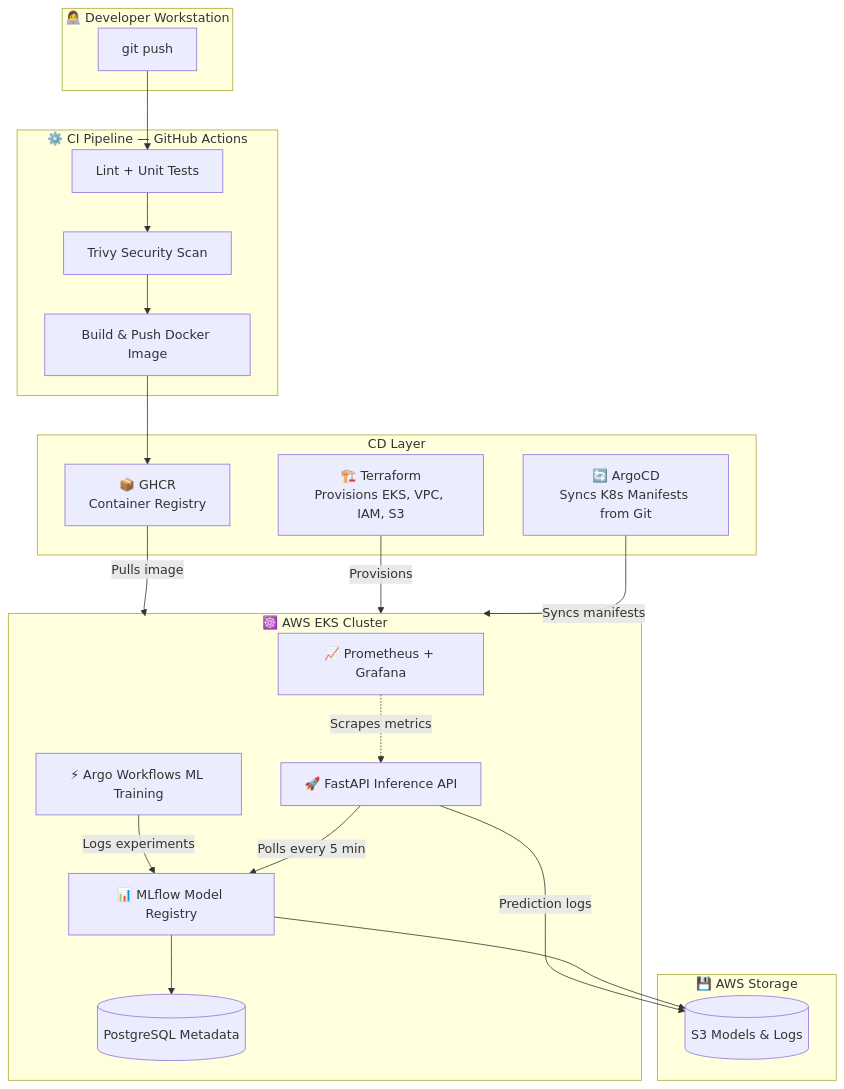
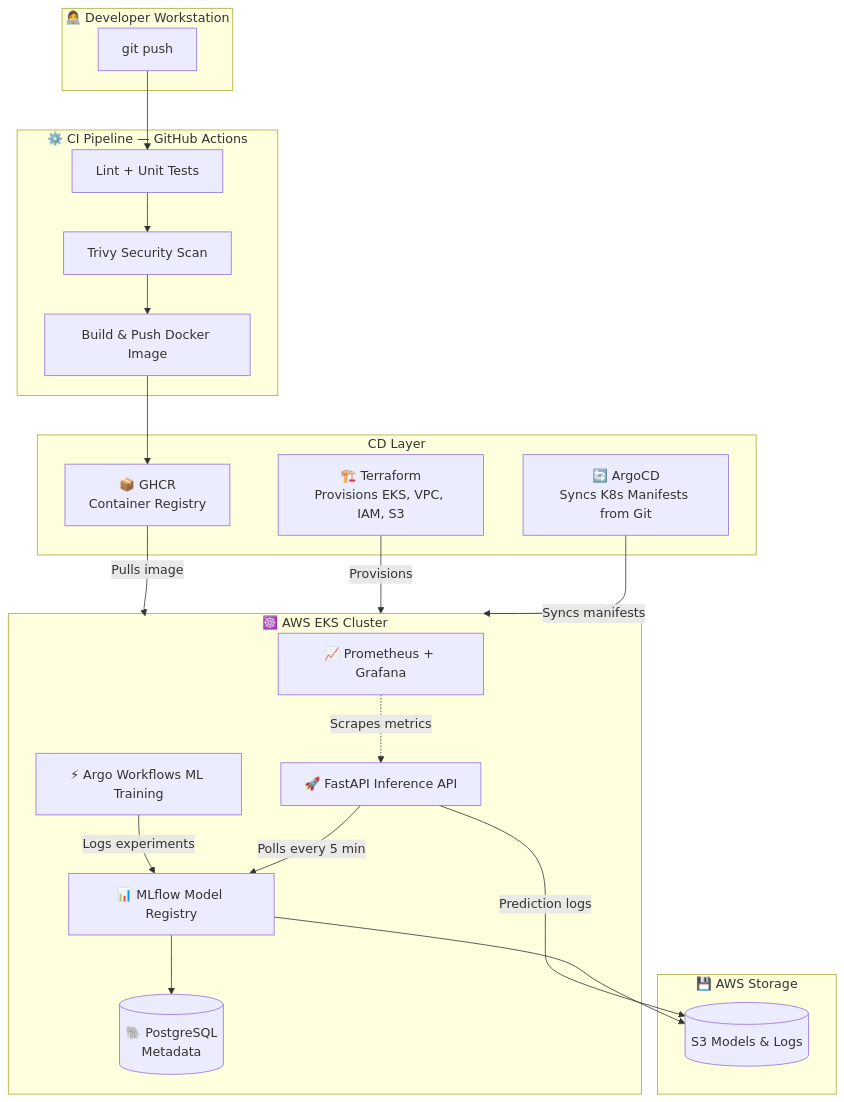
One commit to surabhisahay03/cloudguard-sentinel changed the diagram in README.md. Above: the diagram before and after it, drawn with Mermaid.

Commit message:
Remove PostgreSQL Metadata from README
Removed PostgreSQL Metadata from the architecture diagram.

````diff
--- a/README.md
+++ b/README.md
@@ -11,44 +11,43 @@
 ```mermaid
 flowchart TD
     subgraph Dev["👩‍💻 Developer Workstation"]
         Push["git push"]
     end
 
     subgraph CI["⚙️ CI Pipeline — GitHub Actions"]
         Lint["Lint + Unit Tests"]
         Scan["Trivy Security Scan"]
         Build["Build & Push Docker Image"]
     end
 
     subgraph Feeders["CD Layer"]
         GHCR["📦 GHCR<br/>Container Registry"]
         TF["🏗️ Terraform<br/>Provisions EKS, VPC, IAM, S3"]
         Argo["🔄 ArgoCD<br/>Syncs K8s Manifests from Git"]
     end
 
     subgraph EKS["☸️ AWS EKS Cluster"]
         Monitor["📈 Prometheus + Grafana"]
         API["🚀 FastAPI Inference API"]
         Training["⚡ Argo Workflows ML Training"]
         MLflow["📊 MLflow Model Registry"]
         PG[("🐘 PostgreSQL<br/>Metadata")]
     end
 
     subgraph Storage["💾 AWS Storage"]
         S3[("S3 Models & Logs")]
-        PG[("PostgreSQL Metadata")]
     end
 
     Push --> Lint --> Scan --> Build --> GHCR
 
     GHCR -->|"Pulls image"| EKS
     TF -->|"Provisions"| EKS
     Argo -->|"Syncs manifests"| EKS
 
     Monitor -.->|"Scrapes metrics"| API
     Training -->|"Logs experiments"| MLflow
     API -->|"Polls every 5 min"| MLflow
     API -->|"Prediction logs"| S3
     MLflow --> S3
     MLflow --> PG
 ```
````
